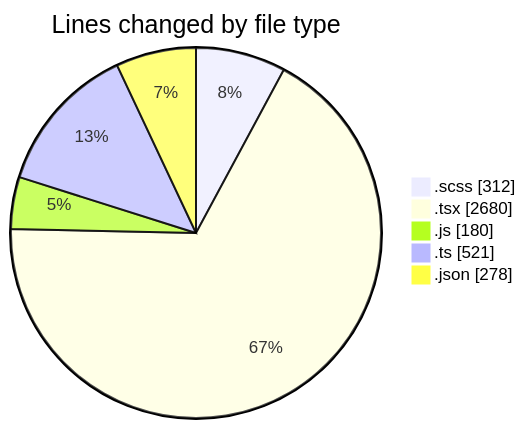
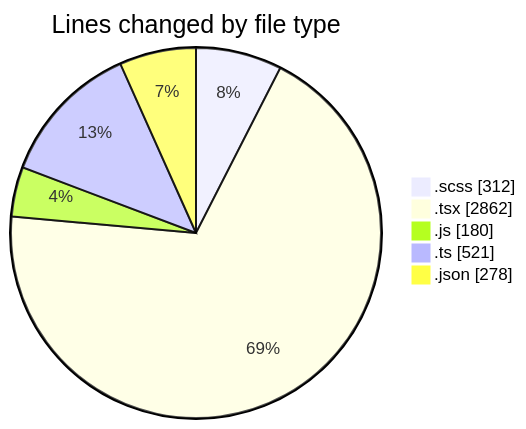
Before and after one commit to momahboobian/code-tracking: the first of 2 diagrams in 2026-08-10/cda/README.md, drawn with Mermaid. The commit also changed other lines of this file and 1 other file, not shown here.

````diff
--- a/2026-08-10/cda/README.md
+++ b/2026-08-10/cda/README.md
@@ -32,9 +32,9 @@
 ```mermaid
 pie showData
 title Lines changed by file type
 ".scss" : 312
-".tsx" : 2680
+".tsx" : 2862
 ".js" : 180
 ".ts" : 521
 ".json" : 278
 ```
````
